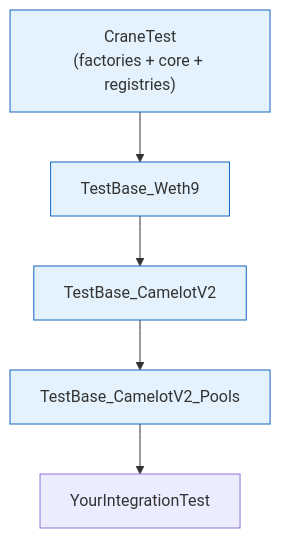
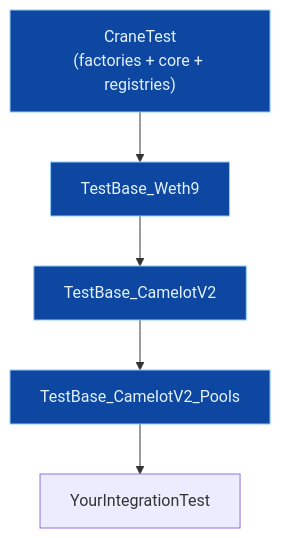
Before and after one commit to cyotee/crane: the diagram in docs/development/testing.md, drawn with Mermaid. The commit also changed 4 other files, not shown here.

First line of the commit message:
docs: fix Mermaid node contrast on dark GitHub Pages theme

````diff
--- a/docs/development/testing.md
+++ b/docs/development/testing.md
@@ -94,11 +94,11 @@
 ```mermaid
 flowchart TB
     CraneTest["CraneTest<br/>(factories + core + registries)"]
     CraneTest --> Weth["TestBase_Weth9"]
     Weth --> Camelot["TestBase_CamelotV2"]
     Camelot --> Pools["TestBase_CamelotV2_Pools"]
     Pools --> Your["YourIntegrationTest"]
 
-    classDef base fill:#e3f2fd,stroke:#1565c0
+    classDef base fill:#0d47a1,stroke:#90caf9,color:#e3f2fd
     class CraneTest,Weth,Camelot,Pools base
 ```
````
